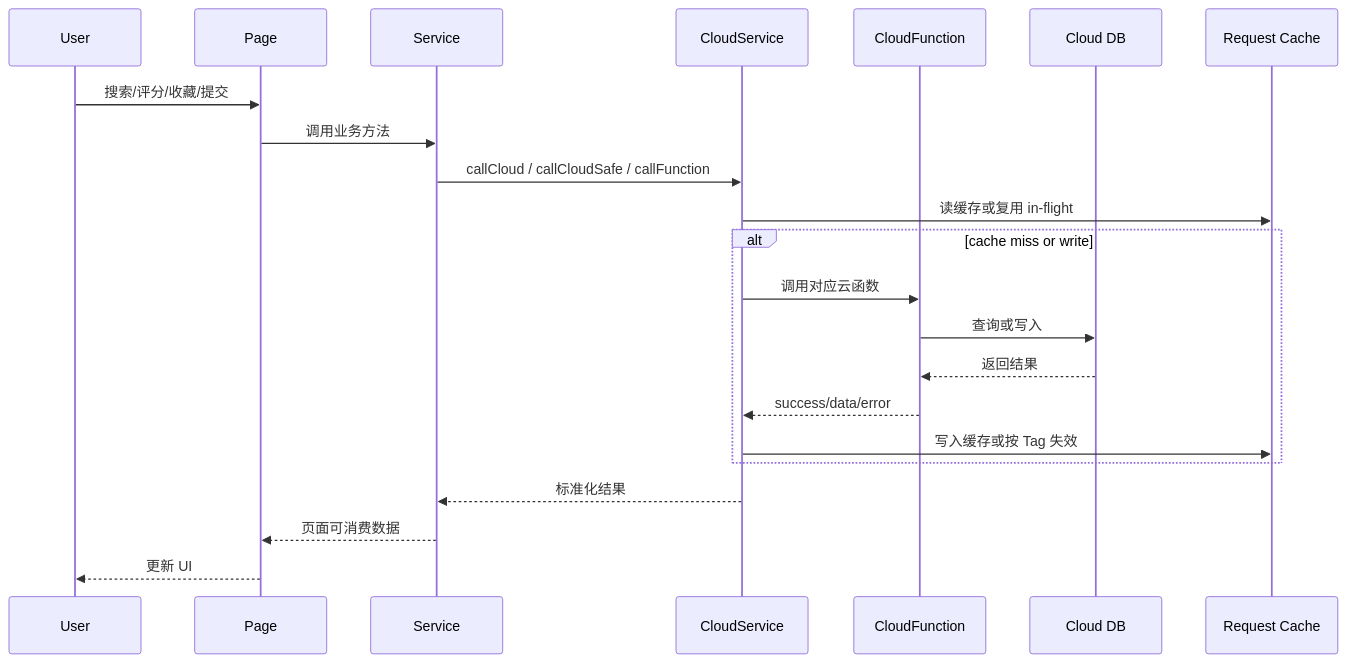
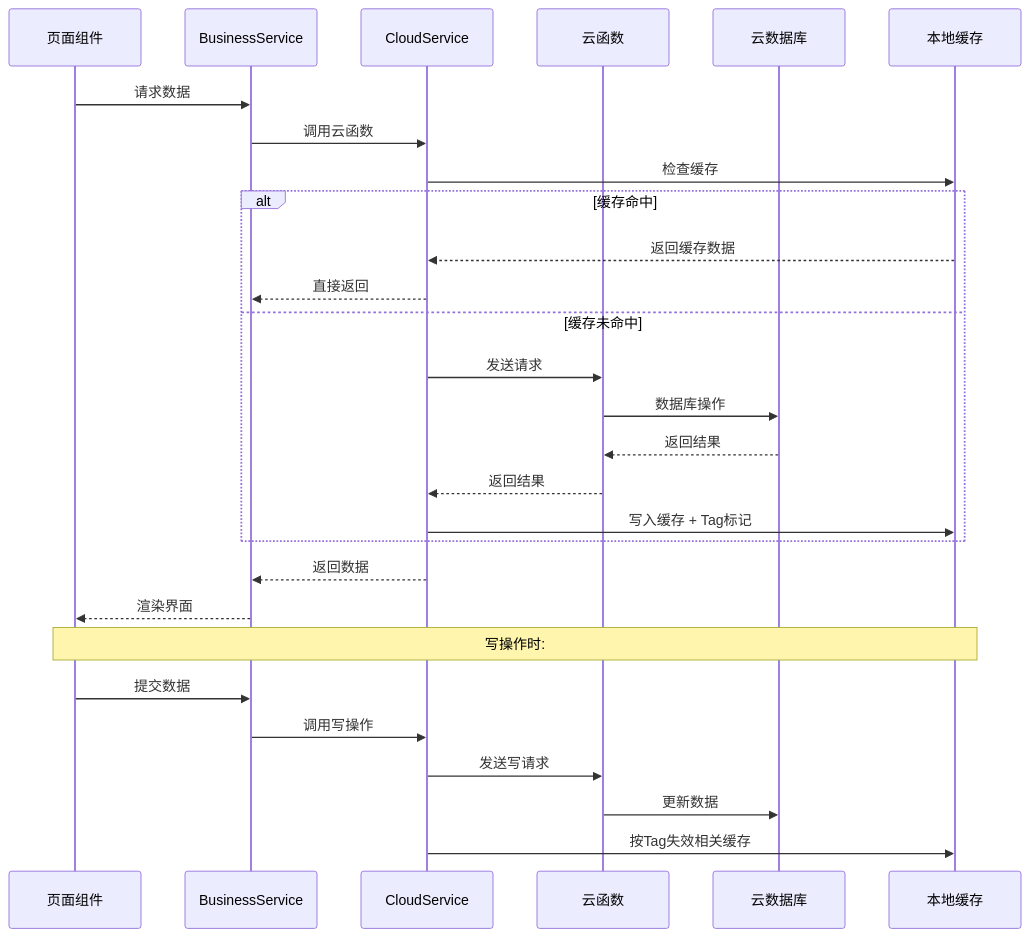
The second of 2 diagrams in project-analysis.md (sseakom/xiaren), drawn with Mermaid before and after one commit. The commit also changed other lines of this file and 1 other file, not shown here.

````diff
--- a/project-analysis.md
+++ b/project-analysis.md
@@ -129,25 +98,32 @@
-```mermaid
+<pre class="mermaid">
 sequenceDiagram
-    participant U as User
-    participant P as Page
-    participant S as Service
+    participant P as 页面组件
+    participant S as BusinessService
     participant C as CloudService
-    participant F as CloudFunction
-    participant DB as Cloud DB
-    participant RC as Request Cache
+    participant CF as 云函数
+    participant DB as 云数据库
+    participant Cache as 本地缓存
 
-    U->>P: 搜索/评分/收藏/提交
-    P->>S: 调用业务方法
-    S->>C: callCloud / callCloudSafe / callFunction
-    C->>RC: 读缓存或复用 in-flight
-    alt cache miss or write
-        C->>F: 调用对应云函数
-        F->>DB: 查询或写入
-        DB-->>F: 返回结果
-        F-->>C: success/data/error
-        C->>RC: 写入缓存或按 Tag 失效
+    P-&gt;&gt;S: 请求数据
+    S-&gt;&gt;C: 调用云函数
+    C-&gt;&gt;Cache: 检查缓存
+    alt 缓存命中
+        Cache--&gt;&gt;C: 返回缓存数据
+        C--&gt;&gt;S: 直接返回
+    else 缓存未命中
+        C-&gt;&gt;CF: 发送请求
+        CF-&gt;&gt;DB: 数据库操作
+        DB--&gt;&gt;CF: 返回结果
+        CF--&gt;&gt;C: 返回结果
+        C-&gt;&gt;Cache: 写入缓存 + Tag标记
     end
-    C-->>S: 标准化结果
-    S-->>P: 页面可消费数据
-    P-->>U: 更新 UI
-```
+    C--&gt;&gt;S: 返回数据
+    S--&gt;&gt;P: 渲染界面
+
+    Note over P,Cache: 写操作时:
+    P-&gt;&gt;S: 提交数据
+    S-&gt;&gt;C: 调用写操作
+    C-&gt;&gt;CF: 发送写请求
+    CF-&gt;&gt;DB: 更新数据
+    C-&gt;&gt;Cache: 按Tag失效相关缓存
+</pre>
````
